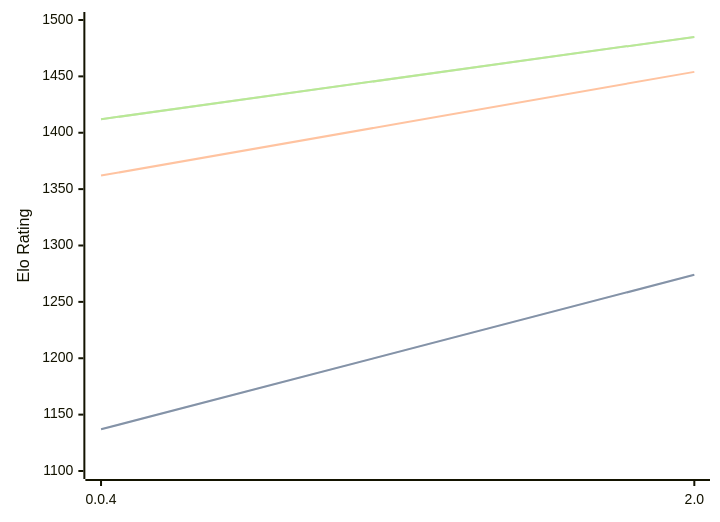
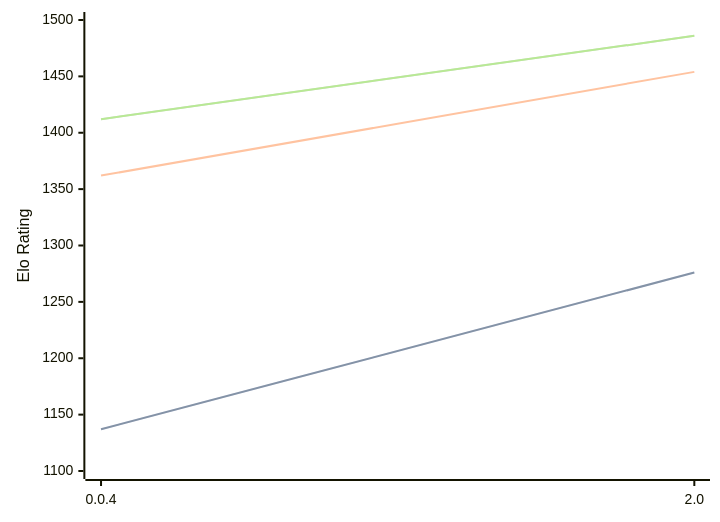
One commit to computer-chess-index/cci changed the diagram in engines/Oops!Mate.md. Above: the diagram before and after it, drawn with Mermaid. The commit also changed other lines of this file, not shown here.

Commit message:
Update CCI Ratings (ELO VLTC) - 2026-09-13

````diff
--- a/engines/Oops!Mate.md
+++ b/engines/Oops!Mate.md
@@ -33,11 +33,11 @@
 ```mermaid
 %%{init: {"theme":"base","themeVariables":{"seriesColors:['#a3a3a3','#222221','#faa371']}}}%%
 xychart-beta
   x-axis ["0.0.4", "2.0"]
   y-axis "Elo Rating" 1100 --> 1500
-  line "" [1137, 1274]
-  line "STC (8.0+0.08s)" [1137, 1274]
+  line "" [1137, 1276]
+  line "STC (8.0+0.08s)" [1137, 1276]
   line "LTC (60.0+0.60s)" [1362, 1454]
-  line "" [1412, 1485]
-  line "VLTC (2m24s+1.12s)" [1412, 1485]
+  line "" [1412, 1486]
+  line "VLTC (2m24s+1.12s)" [1412, 1486]
 ```
````
